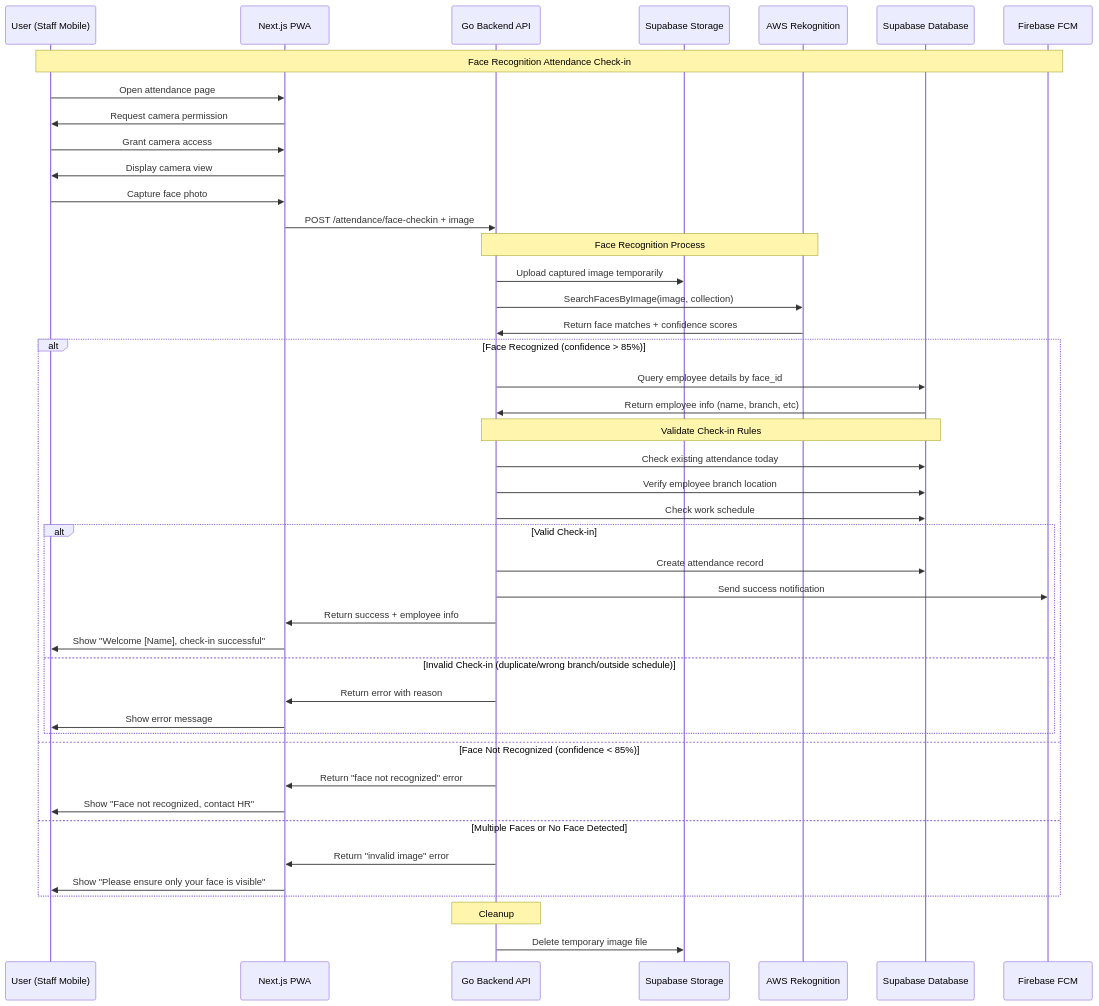
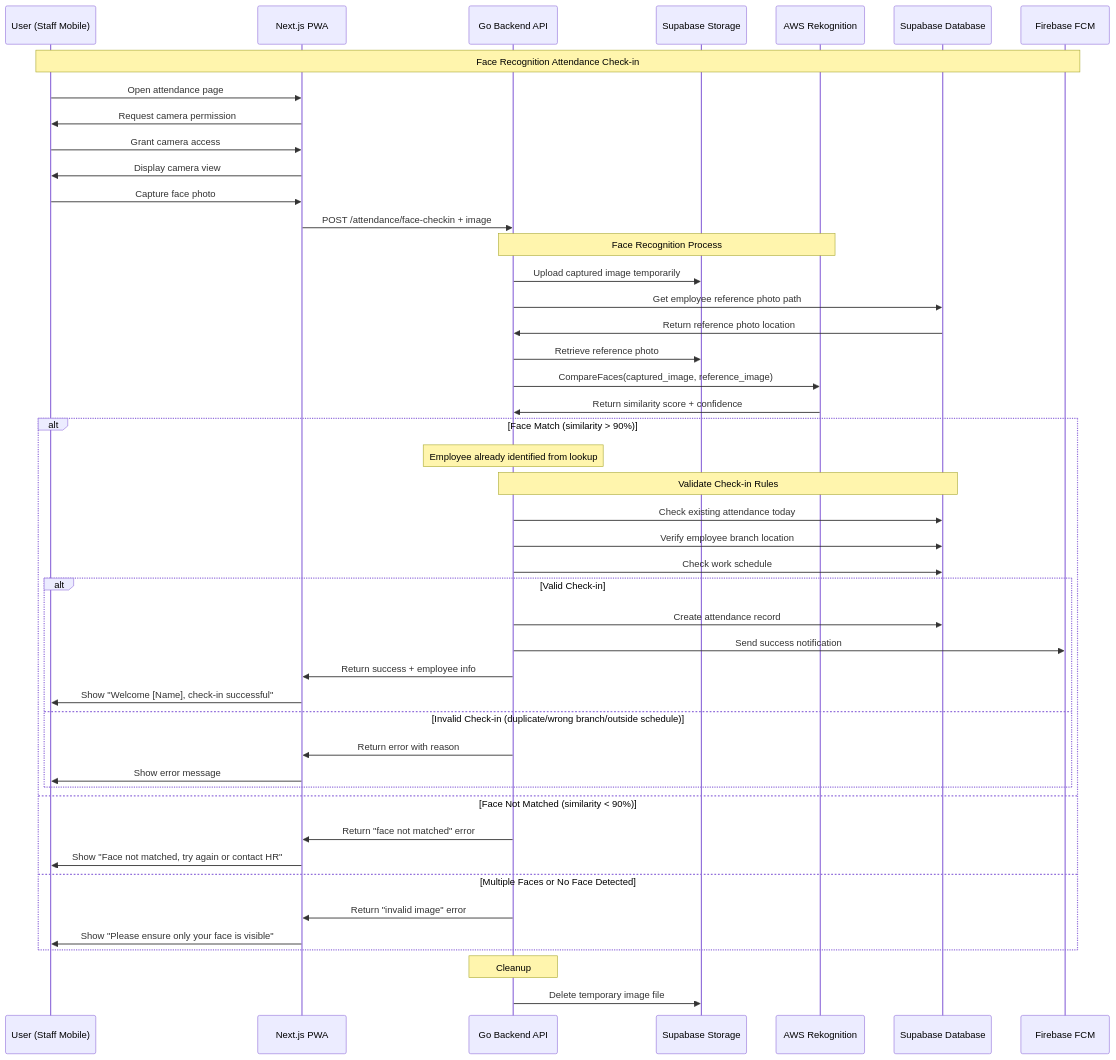
The ninth of 9 diagrams in README.md (rianV2/aturix-hr-eng-spec), drawn with Mermaid before and after one commit. The commit also changed other lines of this file, not shown here.

````diff
--- a/README.md
+++ b/README.md
@@ -793,56 +819,58 @@
 ```mermaid
 sequenceDiagram
     participant U as User (Staff Mobile)
     participant APP as Next.js PWA
     participant API as Go Backend API
     participant STORAGE as Supabase Storage
     participant REK as AWS Rekognition
     participant DB as Supabase Database
     participant FCM as Firebase FCM
     
     Note over U,FCM: Face Recognition Attendance Check-in
     
     U->>APP: Open attendance page
     APP->>U: Request camera permission
     U->>APP: Grant camera access
     APP->>U: Display camera view
     
     U->>APP: Capture face photo
     APP->>API: POST /attendance/face-checkin + image
     
     Note over API,REK: Face Recognition Process
     API->>STORAGE: Upload captured image temporarily
-    API->>REK: SearchFacesByImage(image, collection)
-    REK->>API: Return face matches + confidence scores
+    API->>DB: Get employee reference photo path
+    DB->>API: Return reference photo location
+    API->>STORAGE: Retrieve reference photo
+    API->>REK: CompareFaces(captured_image, reference_image)
+    REK->>API: Return similarity score + confidence
     
-    alt Face Recognized (confidence > 85%)
-        API->>DB: Query employee details by face_id
-        DB->>API: Return employee info (name, branch, etc)
+    alt Face Match (similarity > 90%)
+        Note over API: Employee already identified from lookup
         
         Note over API,DB: Validate Check-in Rules
         API->>DB: Check existing attendance today
         API->>DB: Verify employee branch location
         API->>DB: Check work schedule
         
         alt Valid Check-in
             API->>DB: Create attendance record
             API->>FCM: Send success notification
             API->>APP: Return success + employee info
             APP->>U: Show "Welcome [Name], check-in successful"
         else Invalid Check-in (duplicate/wrong branch/outside schedule)
             API->>APP: Return error with reason
             APP->>U: Show error message
         end
         
-    else Face Not Recognized (confidence < 85%)
-        API->>APP: Return "face not recognized" error
-        APP->>U: Show "Face not recognized, contact HR"
+    else Face Not Matched (similarity < 90%)
+        API->>APP: Return "face not matched" error
+        APP->>U: Show "Face not matched, try again or contact HR"
         
     else Multiple Faces or No Face Detected
         API->>APP: Return "invalid image" error  
         APP->>U: Show "Please ensure only your face is visible"
     end
     
     Note over API: Cleanup
     API->>STORAGE: Delete temporary image file
 ```
````
